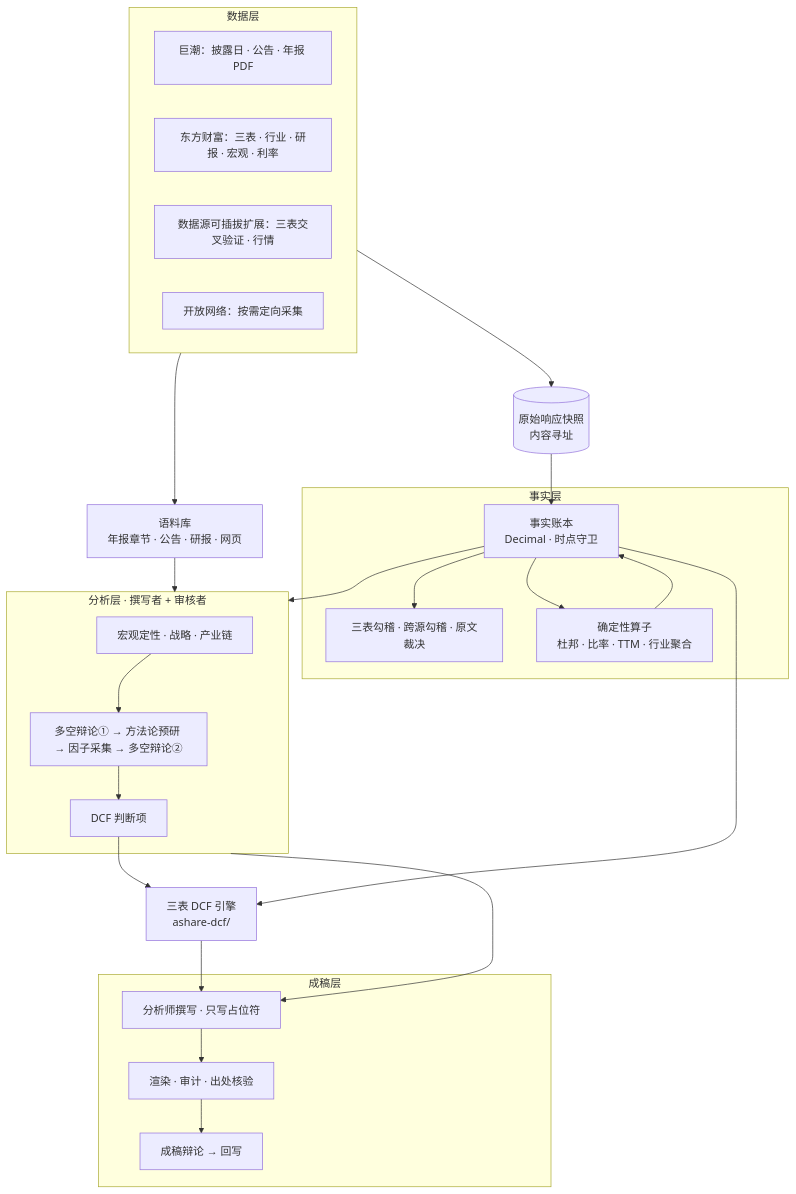
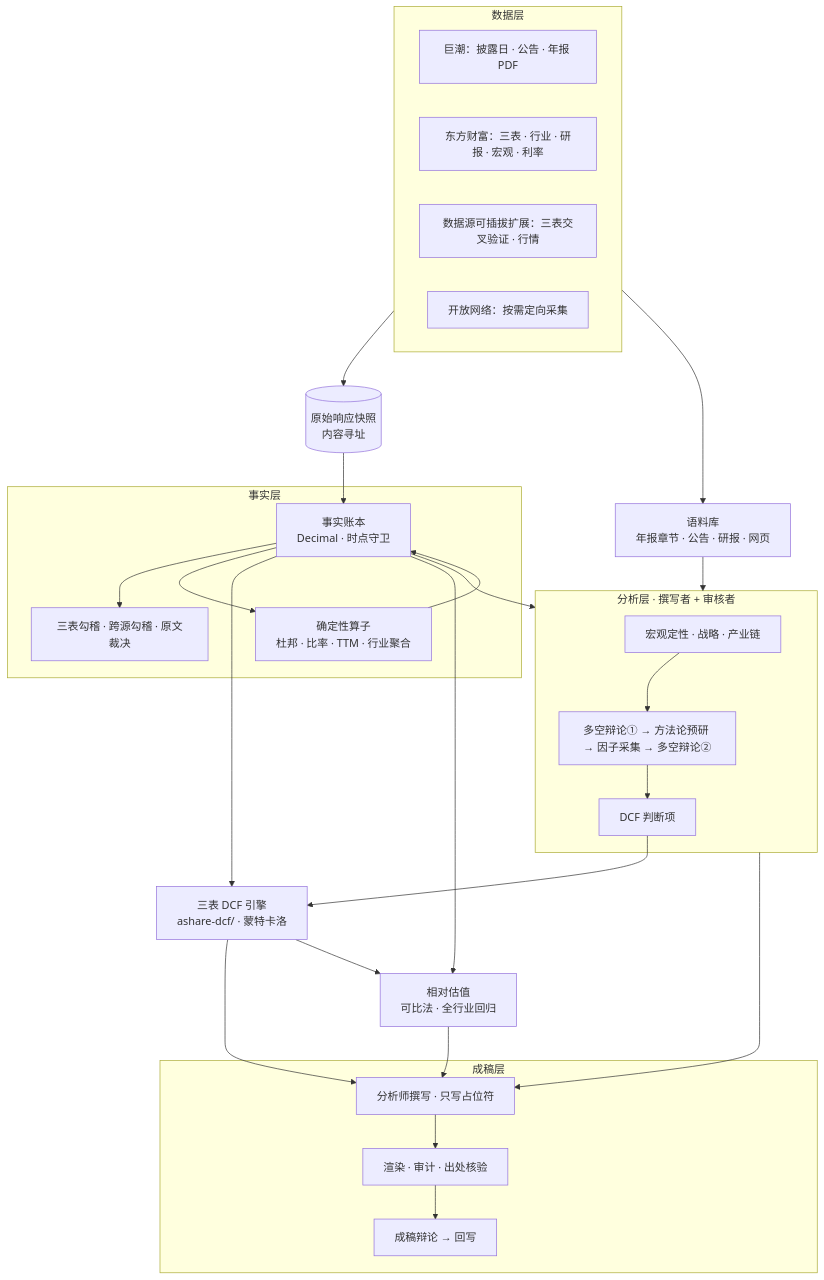
One commit to 928460495/ir-agent changed the first of 3 diagrams in README.md. Above: the diagram before and after it, drawn with Mermaid. The commit also changed other lines of this file, not shown here.

Commit message:
docs(readme): 补充多方法交叉验证 —— 蒙特卡洛、相对估值、综合估值区间

````diff
--- a/README.md
+++ b/README.md
@@ -37,37 +38,40 @@
 ```mermaid
 flowchart TB
     subgraph S["数据层"]
         S1["巨潮：披露日 · 公告 · 年报 PDF"]
         S2["东方财富：三表 · 行业 · 研报 · 宏观 · 利率"]
         S3["数据源可插拔扩展：三表交叉验证 · 行情"]
         S4["开放网络：按需定向采集"]
     end
     SNAP[("原始响应快照<br/>内容寻址")]
     subgraph F["事实层"]
         L["事实账本<br/>Decimal · 时点守卫"]
         V["三表勾稽 · 跨源勾稽 · 原文裁决"]
         O["确定性算子<br/>杜邦 · 比率 · TTM · 行业聚合"]
     end
     C["语料库<br/>年报章节 · 公告 · 研报 · 网页"]
     subgraph A["分析层 · 撰写者 + 审核者"]
         A1["宏观定性 · 战略 · 产业链"]
         A2["多空辩论① → 方法论预研 → 因子采集 → 多空辩论②"]
         A3["DCF 判断项"]
     end
-    DCF["三表 DCF 引擎<br/>ashare-dcf/"]
+    DCF["三表 DCF 引擎<br/>ashare-dcf/ · 蒙特卡洛"]
+    RV["相对估值<br/>可比法 · 全行业回归"]
     subgraph R["成稿层"]
         R1["分析师撰写 · 只写占位符"]
         R2["渲染 · 审计 · 出处核验"]
         R3["成稿辩论 → 回写"]
     end
     S --> SNAP --> L
     L --> V
     L --> O --> L
     S --> C
     L --> A
     C --> A
     A1 --> A2 --> A3 --> DCF
     L --> DCF
     A --> R1 --> R2 --> R3
     DCF --> R1
+    L --> RV --> R1
+    DCF --> RV
 ```
````
